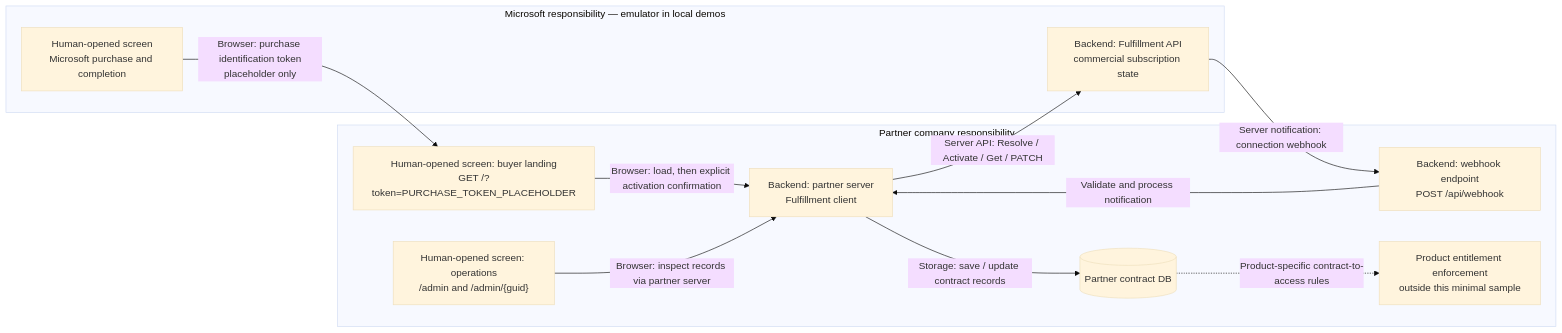
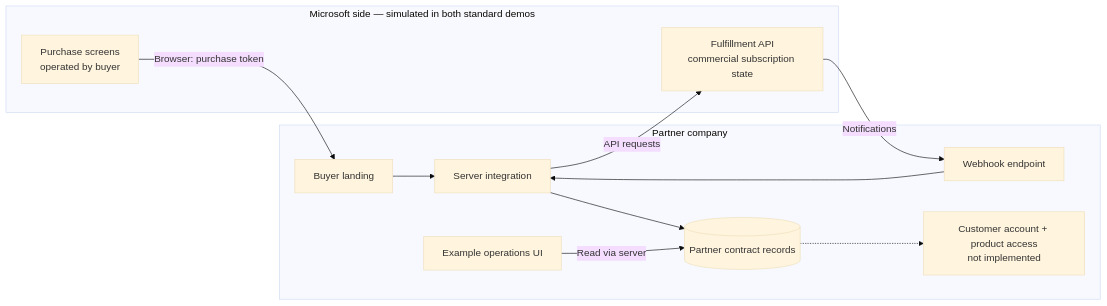
Before and after one commit to MamoruKuroda/marketplace-saas-fulfillment-sample: the diagram in docs/walkthrough.md, drawn with Mermaid (base theme). The commit also changed other lines of this file and 22 other files, not shown here.

````diff
--- a/docs/walkthrough.md
+++ b/docs/walkthrough.md
@@ -85,23 +62,23 @@
 ```mermaid
 flowchart LR
-    subgraph MS["Microsoft responsibility — emulator in local demos"]
-        PURCHASE["Human-opened screen<br/>Microsoft purchase and completion"]
-        API["Backend: Fulfillment API<br/>commercial subscription state"]
+    subgraph MS["Microsoft side — simulated in both standard demos"]
+        BUY["Purchase screens<br/>operated by buyer"]
+        API["Fulfillment API<br/>commercial subscription state"]
     end
-    subgraph PARTNER["Partner company responsibility"]
-        LAND["Human-opened screen: buyer landing<br/>GET /?token=PURCHASE_TOKEN_PLACEHOLDER"]
-        ADMIN["Human-opened screen: operations<br/>/admin and /admin/{guid}"]
-        SERVER["Backend: partner server<br/>Fulfillment client"]
-        WEBHOOK["Backend: webhook endpoint<br/>POST /api/webhook"]
-        DB[("Partner contract DB")]
-        PRODUCT["Product entitlement enforcement<br/>outside this minimal sample"]
+    subgraph PARTNER["Partner company"]
+        LAND["Buyer landing"]
+        SERVER["Server integration"]
+        HOOK["Webhook endpoint"]
+        DB[("Partner contract records")]
+        ADMIN["Example operations UI"]
+        PRODUCT["Customer account + product access<br/>not implemented"]
     end
-    PURCHASE -->|"Browser: purchase identification token<br/>placeholder only"| LAND
-    LAND -->|"Browser: load, then explicit activation confirmation"| SERVER
-    SERVER -->|"Server API: Resolve / Activate / Get / PATCH"| API
-    API -->|"Server notification: connection webhook"| WEBHOOK
-    WEBHOOK -->|"Validate and process notification"| SERVER
-    SERVER -->|"Storage: save / update contract records"| DB
-    ADMIN -->|"Browser: inspect records via partner server"| SERVER
-    DB -.->|"Product-specific contract-to-access rules"| PRODUCT
+    BUY -->|"Browser: purchase token"| LAND
+    LAND --> SERVER
+    SERVER -->|"API requests"| API
+    API -->|"Notifications"| HOOK
+    HOOK --> SERVER
+    SERVER --> DB
+    ADMIN -->|"Read via server"| DB
+    DB -.-> PRODUCT
 ```
````
